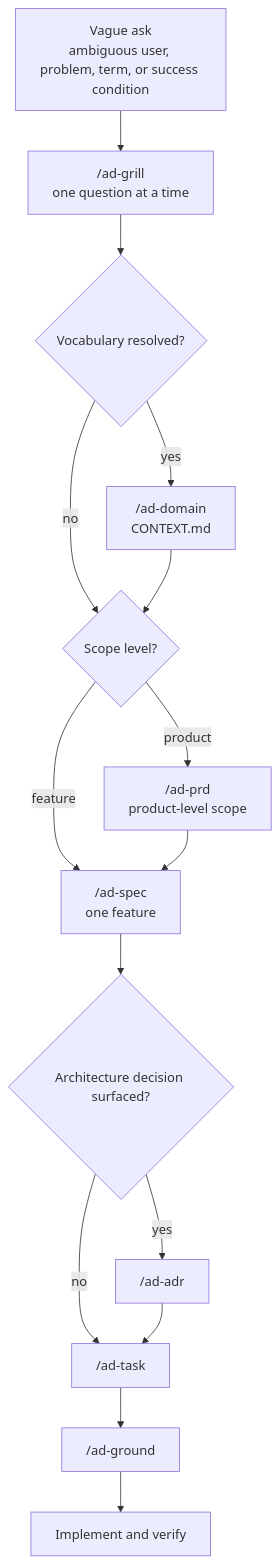
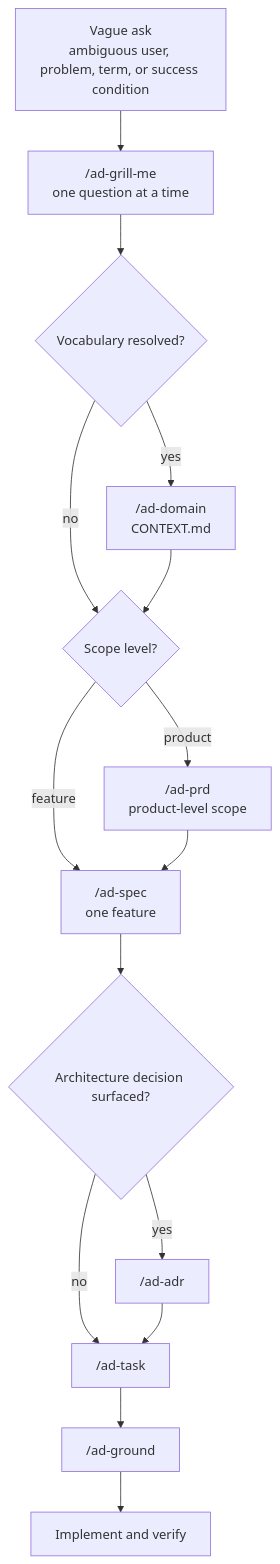
One commit to alexandremendoncaalvaro/agentic-development changed the fifth of 10 diagrams in WORKFLOW-FLOWS.md. Above: the diagram before and after it, drawn with Mermaid. The commit also changed other lines of this file and 47 other files, not shown here.

````diff
--- a/WORKFLOW-FLOWS.md
+++ b/WORKFLOW-FLOWS.md
@@ -185,30 +185,30 @@
 ```mermaid
 flowchart TD
     Ask["Vague ask<br>ambiguous user, problem, term, or success condition"]
-    Grill["/ad-grill<br>one question at a time"]
+    Grill["/ad-grill-me<br>one question at a time"]
     Term{"Vocabulary resolved?"}
     Domain["/ad-domain<br>CONTEXT.md"]
     Scope{"Scope level?"}
     Product["/ad-prd<br>product-level scope"]
     Feature["/ad-spec<br>one feature"]
     Decision{"Architecture decision surfaced?"}
     Adr["/ad-adr"]
     Task["/ad-task"]
     Ground["/ad-ground"]
     Implement["Implement and verify"]
 
     Ask --> Grill
     Grill --> Term
     Term -->|yes| Domain
     Term -->|no| Scope
     Domain --> Scope
     Scope -->|product| Product
     Scope -->|feature| Feature
     Product --> Feature
     Feature --> Decision
     Decision -->|yes| Adr
     Decision -->|no| Task
     Adr --> Task
     Task --> Ground
     Ground --> Implement
 ```
````
